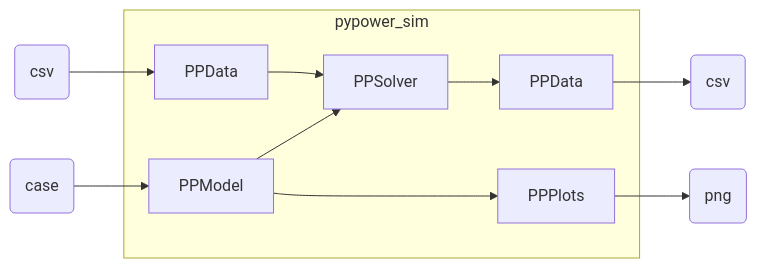
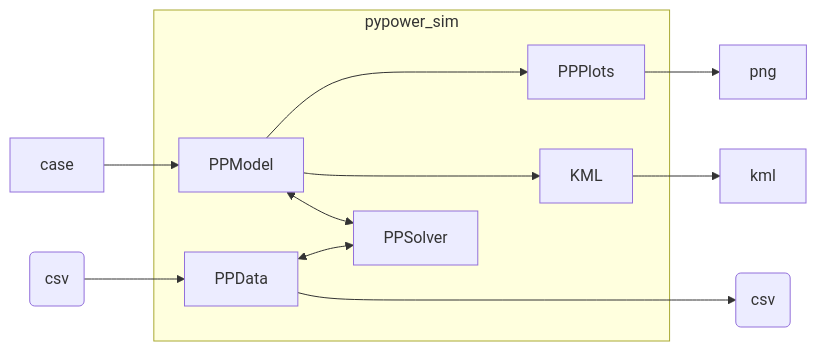
One commit to eudoxys/pypower_sim changed the diagram in README.md. Above: the diagram before and after it, drawn with Mermaid.

````diff
--- a/README.md
+++ b/README.md
@@ -12,16 +12,18 @@
 ```mermaid
 flowchart LR
 
-    case(case) --> PPModel
-    inputs(csv) --> input[PPData]
+    case --> PPModel
+    input(csv) --> PPData
 
     subgraph pypower_sim
-        PPModel --> PPSolver
+        PPData <--> PPSolver
         PPModel ---> PPPlots
-        input --> PPSolver
-        PPSolver --> output[PPData]
+        PPModel ---> KML
     end
 
-    PPPlots --> plots(png)
-    output --> outputs(csv)
+    PPModel <--> PPSolver
+    PPData ----> output(csv)
+
+    PPPlots --> png
+    KML --> kml
 ```
````
